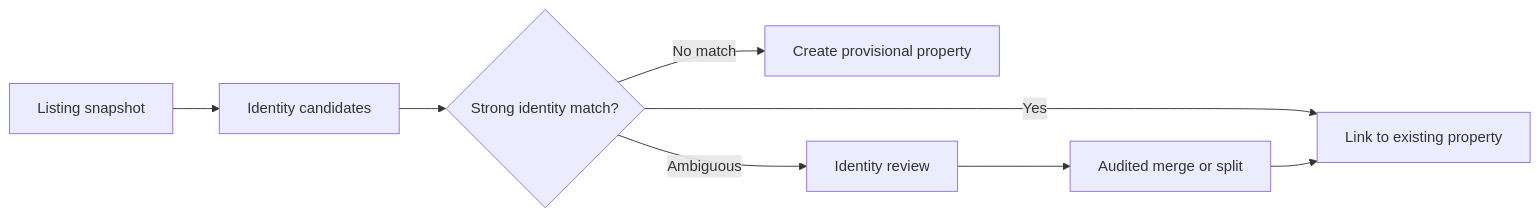
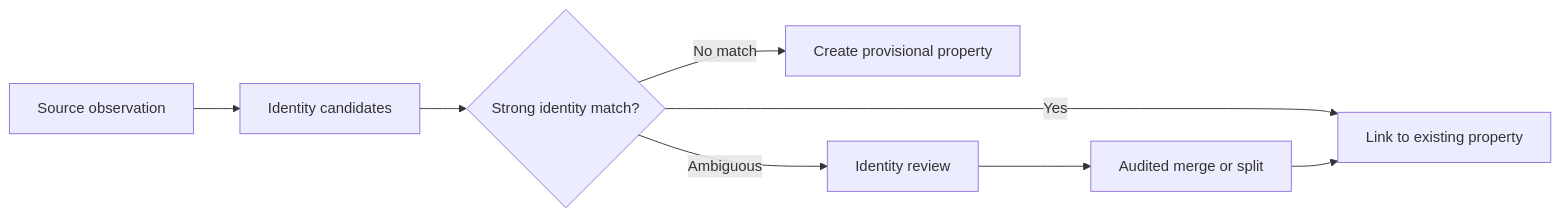
Before and after one commit to robsgreen/property-focus: diagram 11 of 29 in specs/property-focus/master-plan.md, drawn with Mermaid. The commit also changed other lines of this file, not shown here.

````diff
--- a/specs/property-focus/master-plan.md
+++ b/specs/property-focus/master-plan.md
@@ -174,10 +238,10 @@
 ```mermaid
 flowchart LR
-    Snapshot[Listing snapshot] --> Candidates[Identity candidates]
+    Obs[Source observation] --> Candidates[Identity candidates]
     Candidates --> Strong{Strong identity match?}
     Strong -->|Yes| Link[Link to existing property]
     Strong -->|No match| New[Create provisional property]
     Strong -->|Ambiguous| Review[Identity review]
     Review --> Audit[Audited merge or split]
     Audit --> Link
 ```
````
